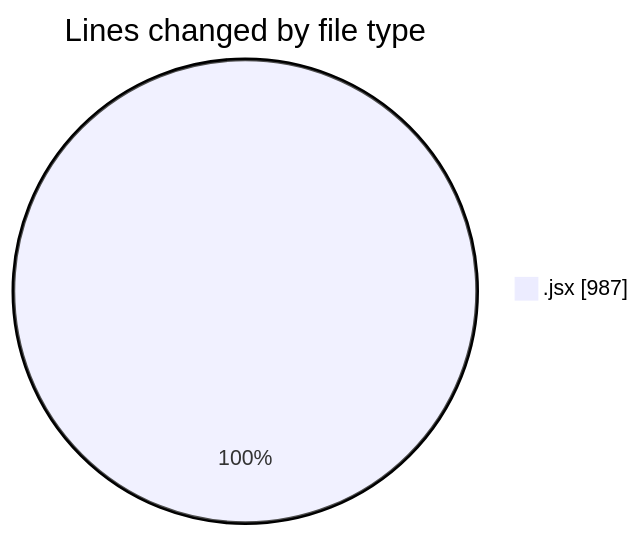
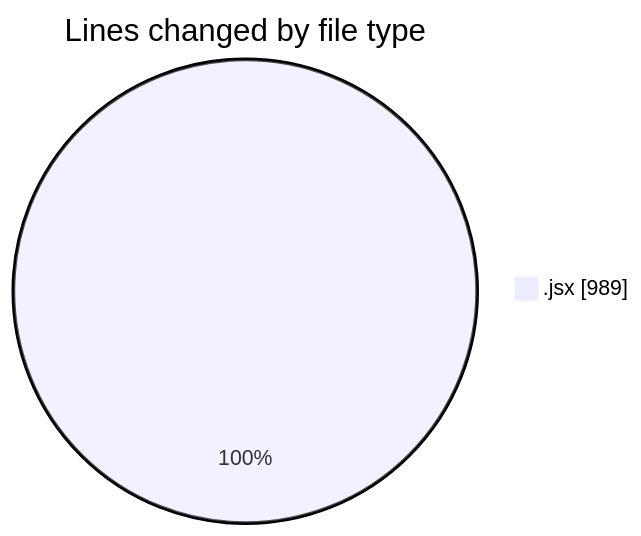
Before and after one commit to nxtqubesakshisongat/code-tracking: the first of 2 diagrams in 2025-11-20/nxtqube_webapp/README.md, drawn with Mermaid. The commit also changed other lines of this file and 1 other file, not shown here.

````diff
--- a/2025-11-20/nxtqube_webapp/README.md
+++ b/2025-11-20/nxtqube_webapp/README.md
@@ -21,5 +21,5 @@
 ```mermaid
 pie showData
 title Lines changed by file type
-".jsx" : 987
+".jsx" : 989
 ```
````
